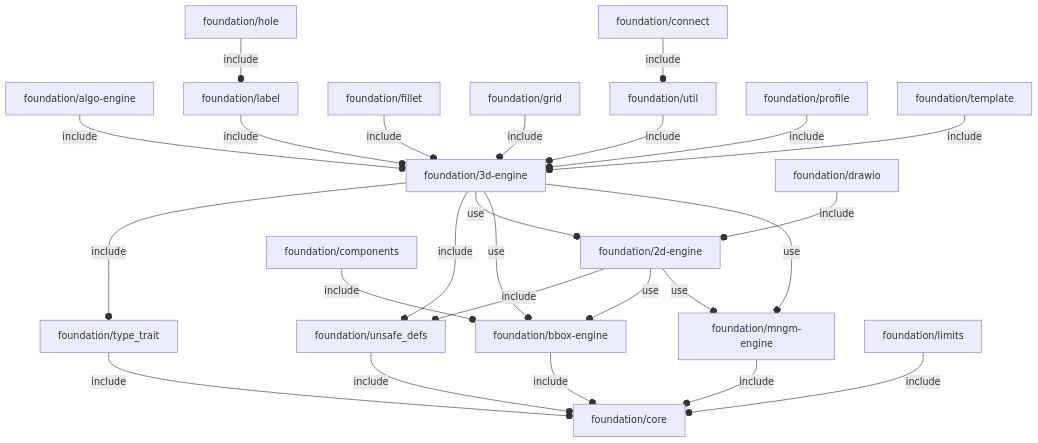
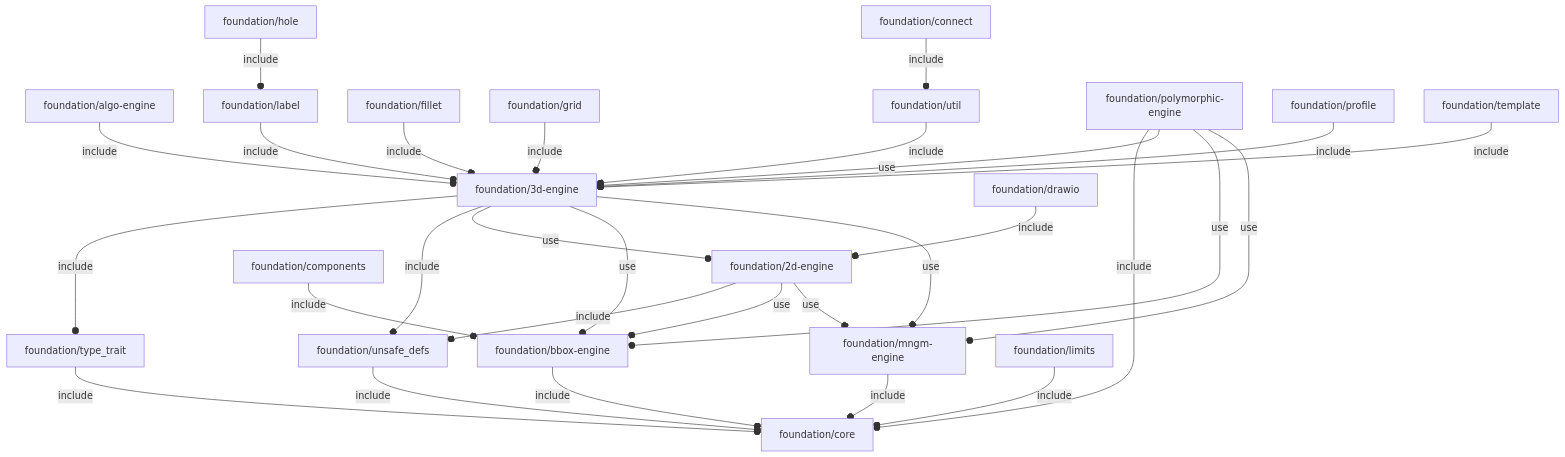
One commit to ggabbiani/OFL changed the diagram in orthodocs/foundation/deps.md. Above: the diagram before and after it, drawn with Mermaid. The commit also changed 8 other files, not shown here.

````diff
--- a/orthodocs/foundation/deps.md
+++ b/orthodocs/foundation/deps.md
@@ -3,28 +3,32 @@
 ```mermaid
 graph TD
     A1[foundation/2d-engine] --o|include| A2[foundation/unsafe_defs]
     A1 --o|use| A3[foundation/bbox-engine]
     A1 --o|use| A4[foundation/mngm-engine]
     A5[foundation/3d-engine] --o|include| A6[foundation/type_trait]
     A5 --o|include| A2
     A5 --o|use| A1
     A5 --o|use| A3
     A5 --o|use| A4
     A7[foundation/algo-engine] --o|include| A5
     A3 --o|include| A8[foundation/core]
     A9[foundation/components] --o|include| A3
     A10[foundation/connect] --o|include| A11[foundation/util]
     A8
     A12[foundation/drawio] --o|include| A1
     A13[foundation/fillet] --o|include| A5
     A14[foundation/grid] --o|include| A5
     A15[foundation/hole] --o|include| A16[foundation/label]
     A16 --o|include| A5
     A17[foundation/limits] --o|include| A8
     A4 --o|include| A8
-    A18[foundation/profile] --o|include| A5
-    A19[foundation/template] --o|include| A5
+    A18[foundation/polymorphic-engine] --o|include| A8
+    A18 --o|use| A5
+    A18 --o|use| A3
+    A18 --o|use| A4
+    A19[foundation/profile] --o|include| A5
+    A20[foundation/template] --o|include| A5
     A6 --o|include| A8
     A2 --o|include| A8
     A11 --o|include| A5
 ```
````
